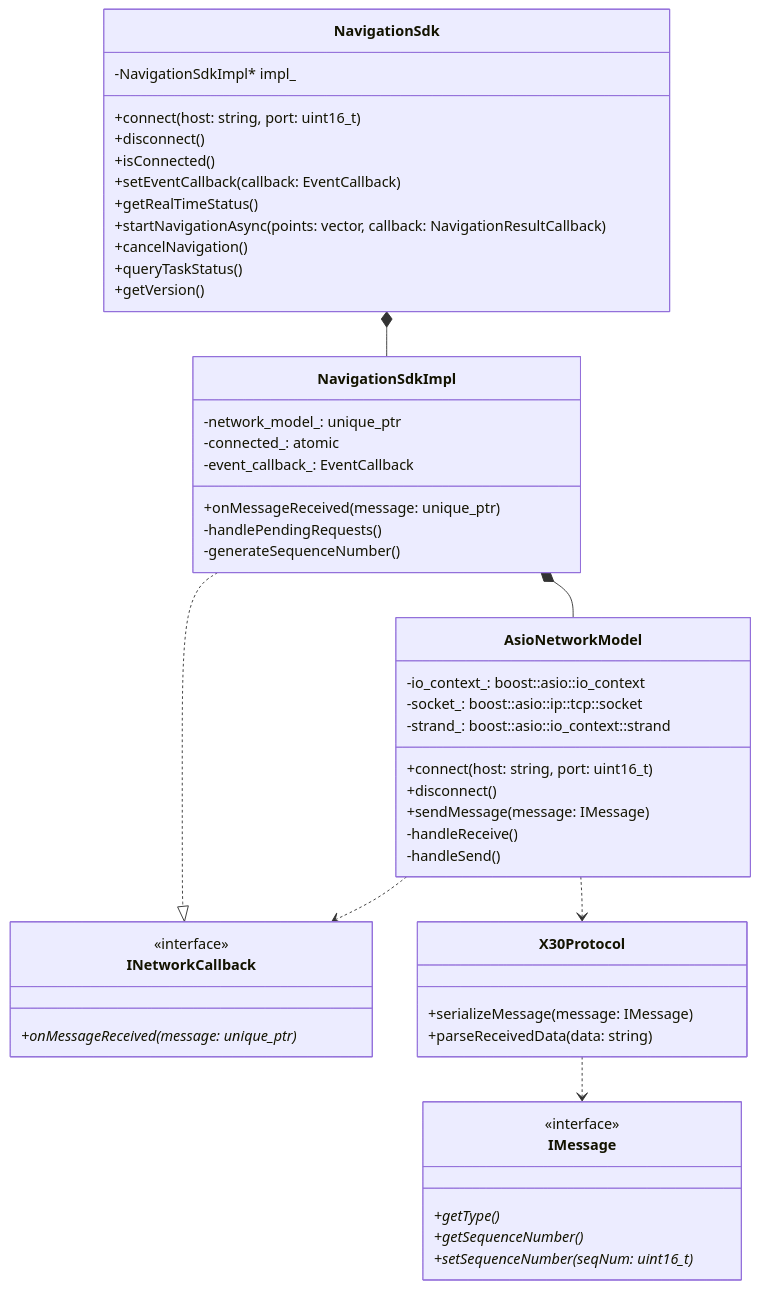
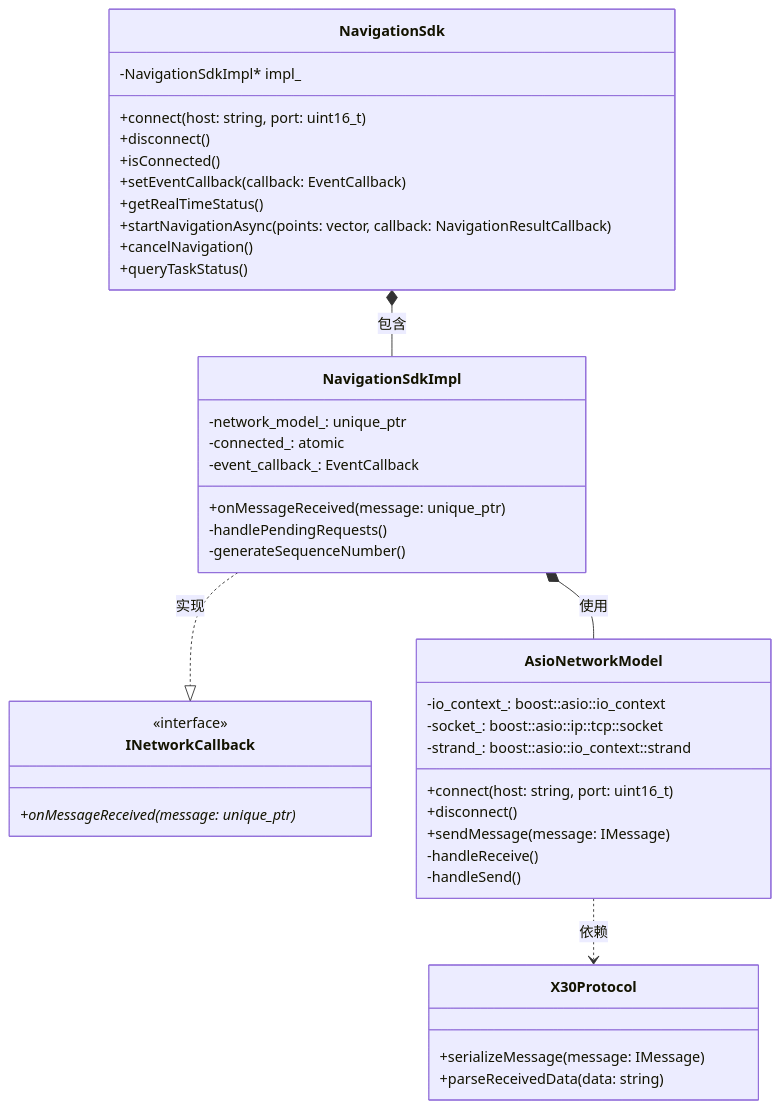
The first of 2 diagrams in docs/architecture.md (tailu123/x30-nav-sdk), drawn with Mermaid before and after one commit. The commit also changed other lines of this file, not shown here.

Commit message:
[none] optimze architecture.md

````diff
--- a/docs/architecture.md
+++ b/docs/architecture.md
@@ -105,67 +111,53 @@
 ```mermaid
 classDiagram
     %% 接口层
     class NavigationSdk {
         -NavigationSdkImpl* impl_
         +connect(host: string, port: uint16_t)
         +disconnect()
         +isConnected()
         +setEventCallback(callback: EventCallback)
         +getRealTimeStatus()
         +startNavigationAsync(points: vector<NavigationPoint>, callback: NavigationResultCallback)
         +cancelNavigation()
         +queryTaskStatus()
-        +getVersion()
+    }
+
+    %% 实现层
+    class NavigationSdkImpl {
+        -network_model_: unique_ptr<AsioNetworkModel>
+        -connected_: atomic<bool>
+        -event_callback_: EventCallback
+        +onMessageReceived(message: unique_ptr<IMessage>)
+        -handlePendingRequests()
+        -generateSequenceNumber()
     }
 
     %% 网络层
     class INetworkCallback {
         <<interface>>
         +onMessageReceived(message: unique_ptr<IMessage>)*
     }
 
     class AsioNetworkModel {
         -io_context_: boost::asio::io_context
         -socket_: boost::asio::ip::tcp::socket
         -strand_: boost::asio::io_context::strand
         +connect(host: string, port: uint16_t)
         +disconnect()
         +sendMessage(message: IMessage)
         -handleReceive()
         -handleSend()
     }
 
-    %% 协议层
-    class IMessage {
-        <<interface>>
-        +getType()*
-        +getSequenceNumber()*
-        +setSequenceNumber(seqNum: uint16_t)*
-    }
-
     class X30Protocol {
         +serializeMessage(message: IMessage)
         +parseReceivedData(data: string)
     }
 
-    %% 实现层
-    class NavigationSdkImpl {
-        -network_model_: unique_ptr<AsioNetworkModel>
-        -connected_: atomic<bool>
-        -event_callback_: EventCallback
-        +onMessageReceived(message: unique_ptr<IMessage>)
-        -handlePendingRequests()
-        -generateSequenceNumber()
-    }
-
     %% 关系定义
-    NavigationSdk *-- NavigationSdkImpl
-    NavigationSdkImpl ..|> INetworkCallback
-    NavigationSdkImpl *-- AsioNetworkModel
-    AsioNetworkModel ..> X30Protocol
-    X30Protocol ..> IMessage
-
-    %% 依赖关系
-    %% AsioNetworkModel ..> IMessage
-    AsioNetworkModel ..> INetworkCallback
+    NavigationSdk *-- NavigationSdkImpl : 包含
+    NavigationSdkImpl ..|> INetworkCallback : 实现
+    NavigationSdkImpl *-- AsioNetworkModel : 使用
+    AsioNetworkModel ..> X30Protocol : 依赖
 ```
````
